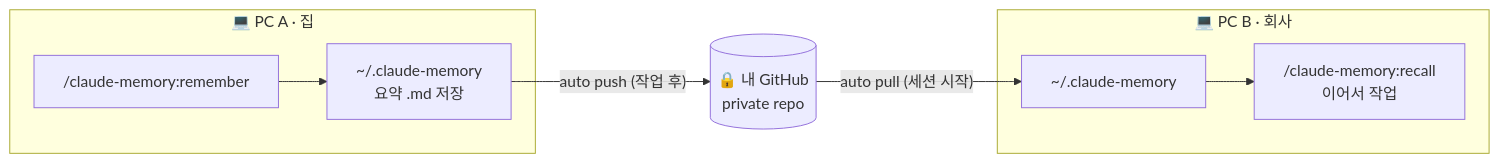
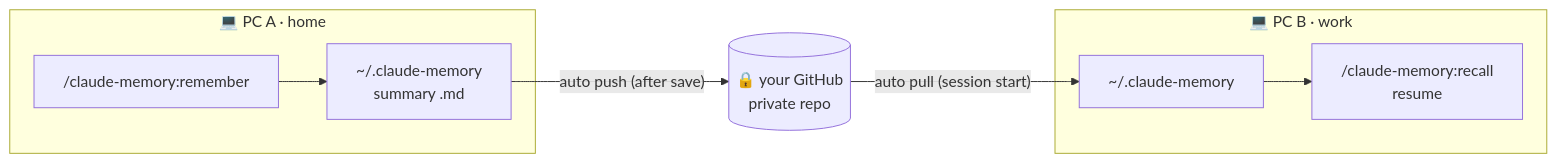
Before and after one commit to shimeeuisuk/claude-memory-plugin: the diagram in README.md, drawn with Mermaid. The commit also changed other lines of this file and 1 other file, not shown here.

````diff
--- a/README.md
+++ b/README.md
@@ -100,11 +58,11 @@
 ```mermaid
 flowchart LR
-    subgraph A["💻 PC A · 집"]
-        AR["/claude-memory:remember"] --> AS["~/.claude-memory<br/>요약 .md 저장"]
+    subgraph A["💻 PC A · home"]
+        AR["/claude-memory:remember"] --> AS["~/.claude-memory<br/>summary .md"]
     end
-    subgraph B["💻 PC B · 회사"]
-        BS["~/.claude-memory"] --> BR["/claude-memory:recall<br/>이어서 작업"]
+    subgraph B["💻 PC B · work"]
+        BS["~/.claude-memory"] --> BR["/claude-memory:recall<br/>resume"]
     end
-    AS -- "auto push (작업 후)" --> GH[("🔒 내 GitHub<br/>private repo")]
-    GH -- "auto pull (세션 시작)" --> BS
+    AS -- "auto push (after save)" --> GH[("🔒 your GitHub<br/>private repo")]
+    GH -- "auto pull (session start)" --> BS
 ```
````
